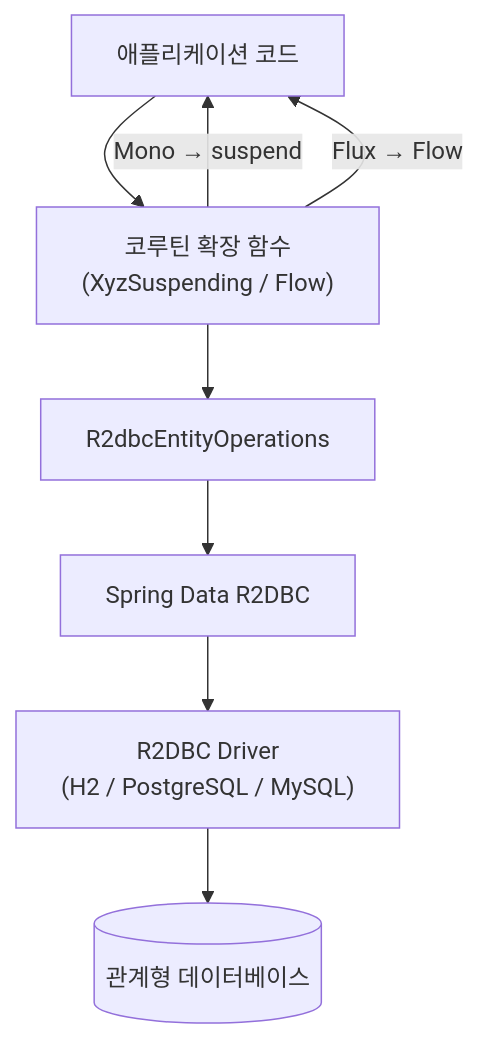
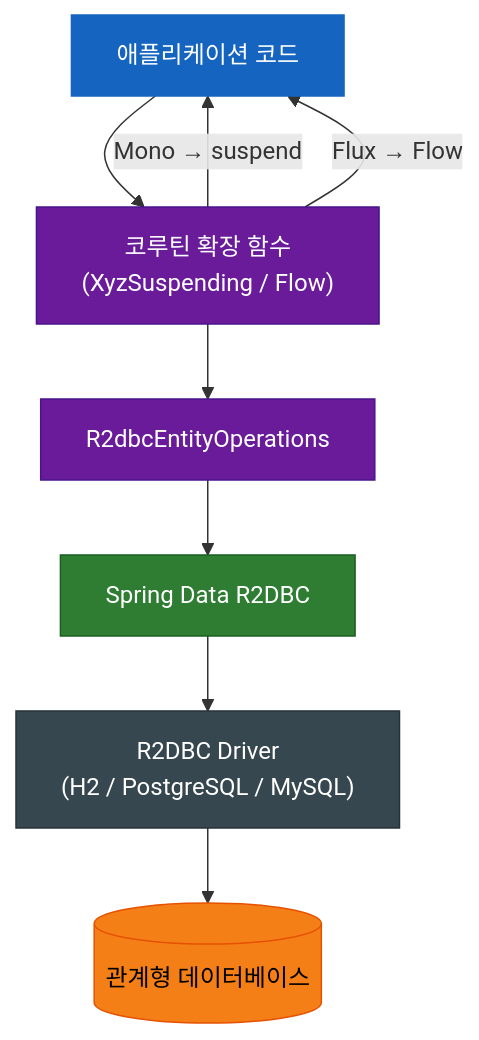
The second of 4 diagrams in spring-boot3/r2dbc/README.ko.md (bluetape4k/bluetape4k-projects), drawn with Mermaid before and after one commit. The commit also changed other lines of this file and 221 other files, not shown here.

First line of the commit message:
docs: 전체 모듈 README UML 다이어그램 보강 및 색상 업그레이드

````diff
--- a/spring-boot3/r2dbc/README.ko.md
+++ b/spring-boot3/r2dbc/README.ko.md
@@ -358,10 +363,23 @@
 ```mermaid
 flowchart TD
     App["애플리케이션 코드"] --> Ext["코루틴 확장 함수<br/>(XyzSuspending / Flow)"]
     Ext --> ROps["R2dbcEntityOperations"]
     ROps --> R2DBC["Spring Data R2DBC"]
     R2DBC --> Driver["R2DBC Driver<br/>(H2 / PostgreSQL / MySQL)"]
     Driver --> DB[("관계형 데이터베이스")]
     Ext -- "Mono → suspend" --> App
     Ext -- "Flux → Flow" --> App
+
+    classDef serviceStyle fill:#1565C0,stroke:#1565C0,color:#FFFFFF
+    classDef asyncStyle fill:#6A1B9A,stroke:#4A148C,color:#FFFFFF
+    classDef springStyle fill:#2E7D32,stroke:#1B5E20,color:#FFFFFF
+    classDef extStyle fill:#37474F,stroke:#263238,color:#FFFFFF
+    classDef dataStyle fill:#F57F17,stroke:#E65100,color:#000000
+
+    class App serviceStyle
+    class Ext asyncStyle
+    class ROps asyncStyle
+    class R2DBC springStyle
+    class Driver extStyle
+    class DB dataStyle
 ```
````
